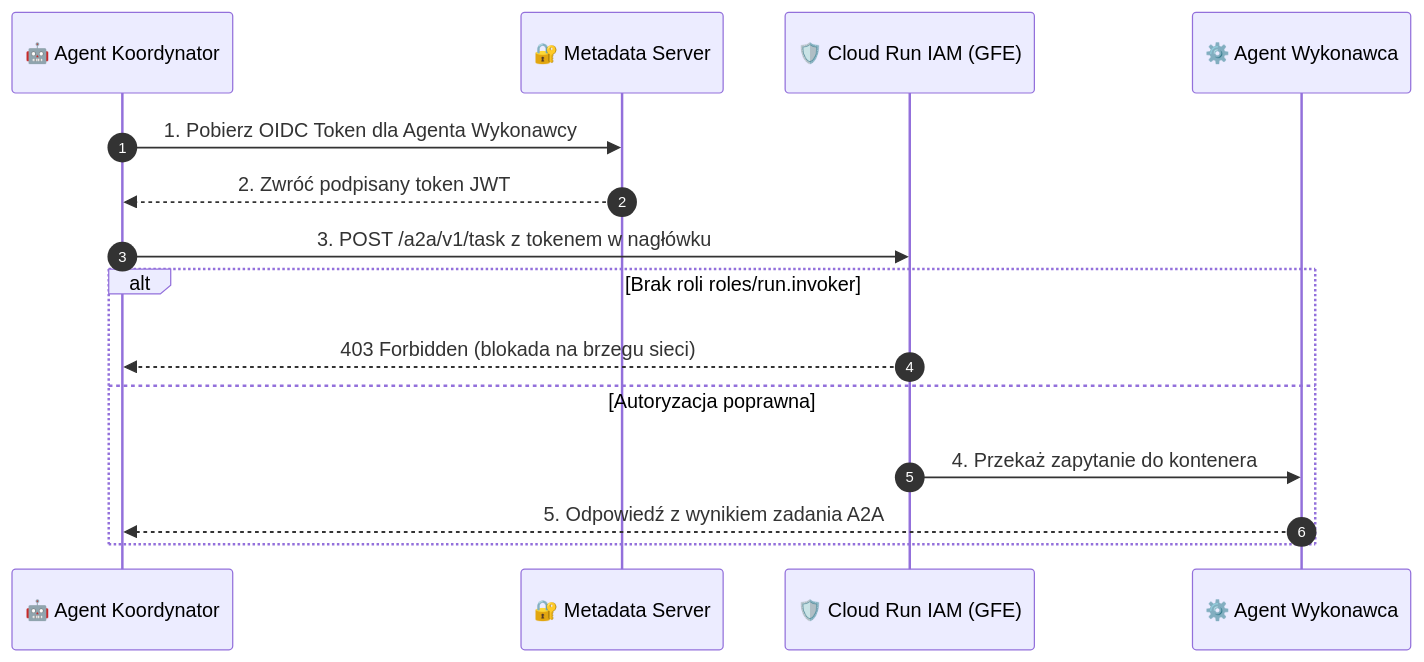
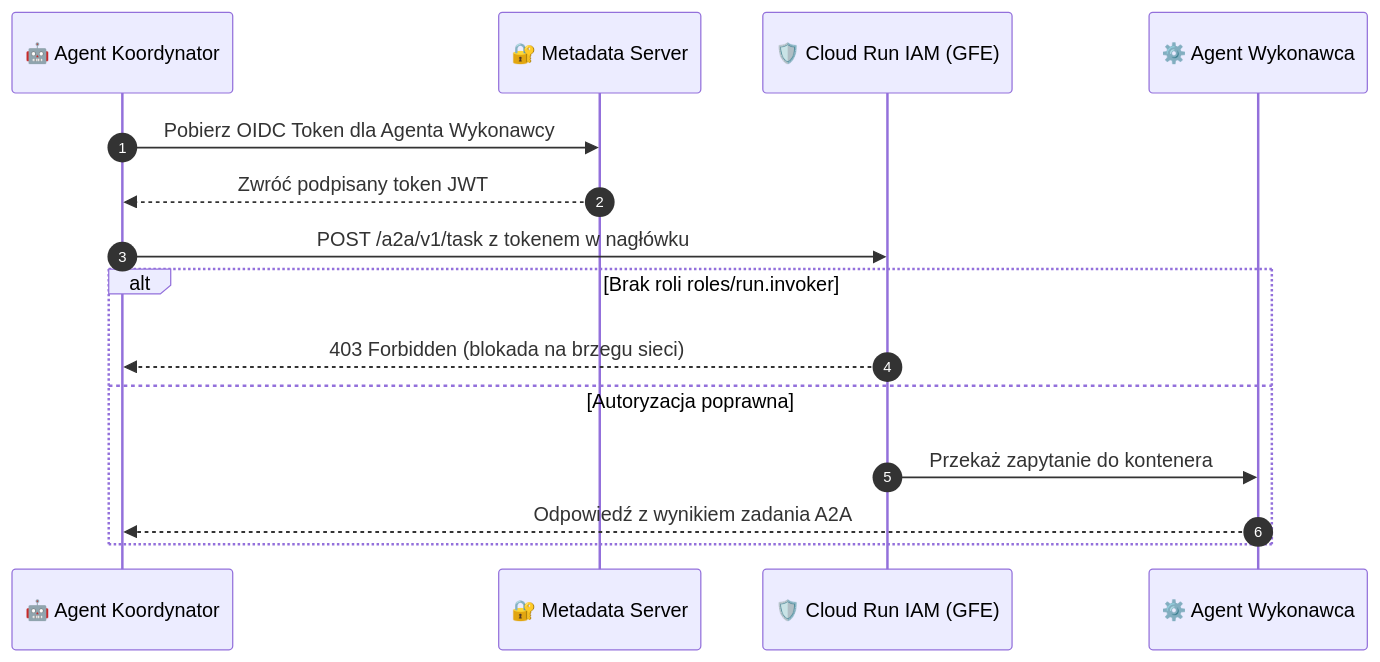
One commit to majsterkovic/a2ui changed the diagram in docs/public/gcp-course/08-a2a-security-rbac.md. Above: the diagram before and after it, drawn with Mermaid. The commit also changed other lines of this file and 8 other files, not shown here.

````diff
--- a/docs/public/gcp-course/08-a2a-security-rbac.md
+++ b/docs/public/gcp-course/08-a2a-security-rbac.md
@@ -17,19 +17,19 @@
 ```mermaid
 sequenceDiagram
     autonumber
     participant Orch as 🤖 Agent Koordynator
     participant MS as 🔐 Metadata Server
     participant GFE as 🛡️ Cloud Run IAM (GFE)
     participant Sub as ⚙️ Agent Wykonawca
 
-    Orch->>MS: 1. Pobierz OIDC Token dla Agenta Wykonawcy
-    MS-->>Orch: 2. Zwróć podpisany token JWT
-    Orch->>GFE: 3. POST /a2a/v1/task z tokenem w nagłówku
+    Orch->>MS: Pobierz OIDC Token dla Agenta Wykonawcy
+    MS-->>Orch: Zwróć podpisany token JWT
+    Orch->>GFE: POST /a2a/v1/task z tokenem w nagłówku
     
     alt Brak roli roles/run.invoker
         GFE-->>Orch: 403 Forbidden (blokada na brzegu sieci)
     else Autoryzacja poprawna
-        GFE->>Sub: 4. Przekaż zapytanie do kontenera
-        Sub-->>Orch: 5. Odpowiedź z wynikiem zadania A2A
+        GFE->>Sub: Przekaż zapytanie do kontenera
+        Sub-->>Orch: Odpowiedź z wynikiem zadania A2A
     end
 ```
````
